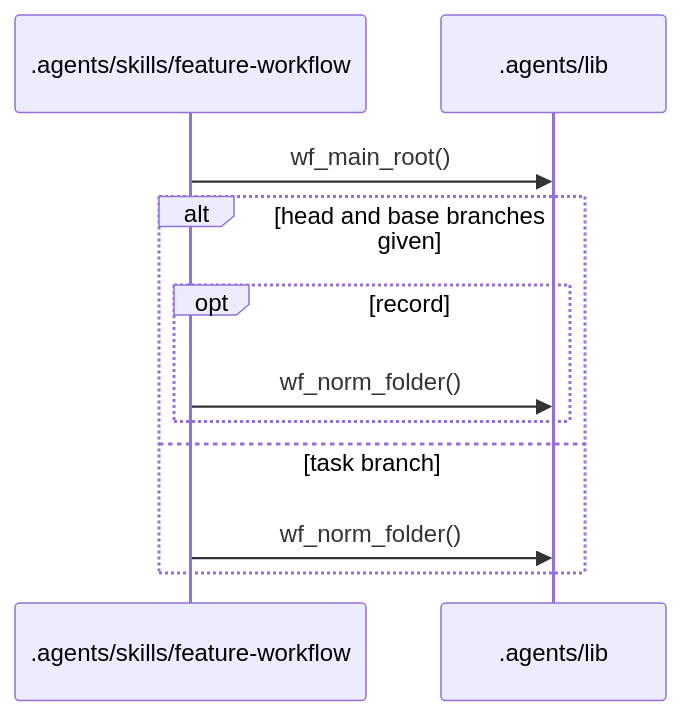
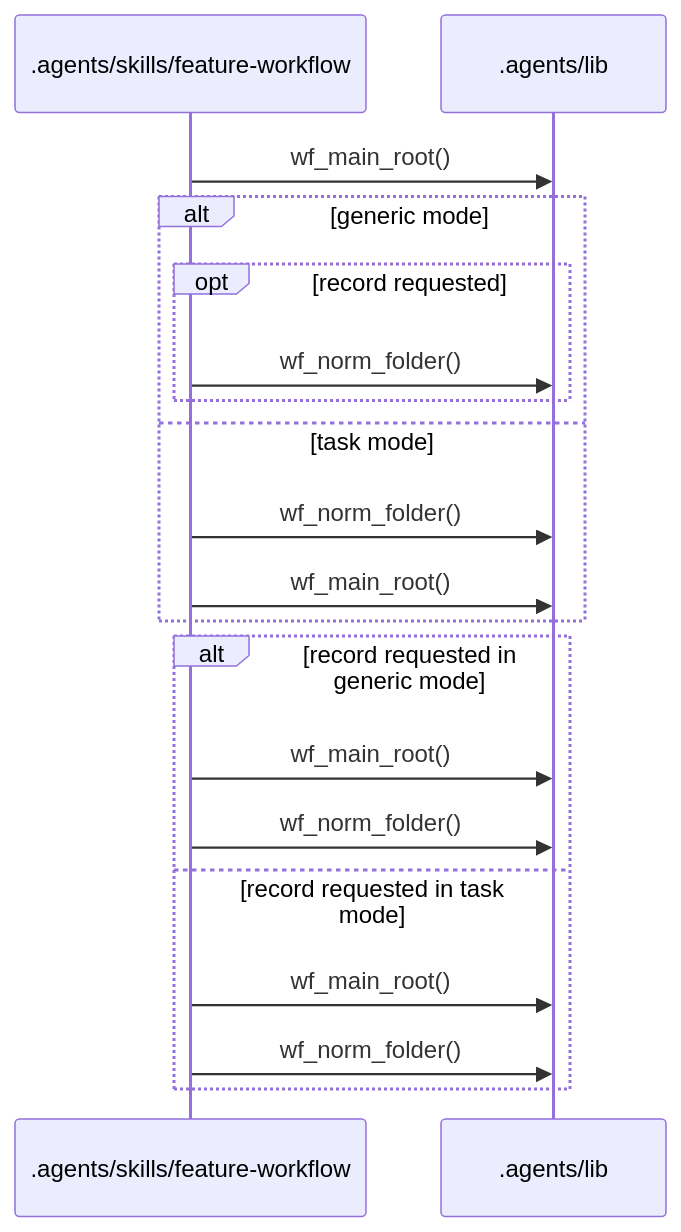
Diagram 11 of 15 in .workflow/cache/flows.md (TajVirani/llm-scaffold-claude), drawn with Mermaid before and after one commit. The commit also changed other lines of this file and 2 other files, not shown here.

````diff
--- a/.workflow/cache/flows.md
+++ b/.workflow/cache/flows.md
@@ -216,13 +253,21 @@
 ```mermaid
 sequenceDiagram
   participant _agents_skills_feature_workflow as .agents/skills/feature-workflow
   participant _agents_lib as .agents/lib
   _agents_skills_feature_workflow->>_agents_lib: wf_main_root()
-  alt head and base branches given
-    opt record
+  alt generic mode
+    opt record requested
       _agents_skills_feature_workflow->>_agents_lib: wf_norm_folder()
     end
-  else task branch
+  else task mode
+    _agents_skills_feature_workflow->>_agents_lib: wf_norm_folder()
+    _agents_skills_feature_workflow->>_agents_lib: wf_main_root()
+  end
+  alt record requested in generic mode
+    _agents_skills_feature_workflow->>_agents_lib: wf_main_root()
+    _agents_skills_feature_workflow->>_agents_lib: wf_norm_folder()
+  else record requested in task mode
+    _agents_skills_feature_workflow->>_agents_lib: wf_main_root()
     _agents_skills_feature_workflow->>_agents_lib: wf_norm_folder()
   end
 ```
````
